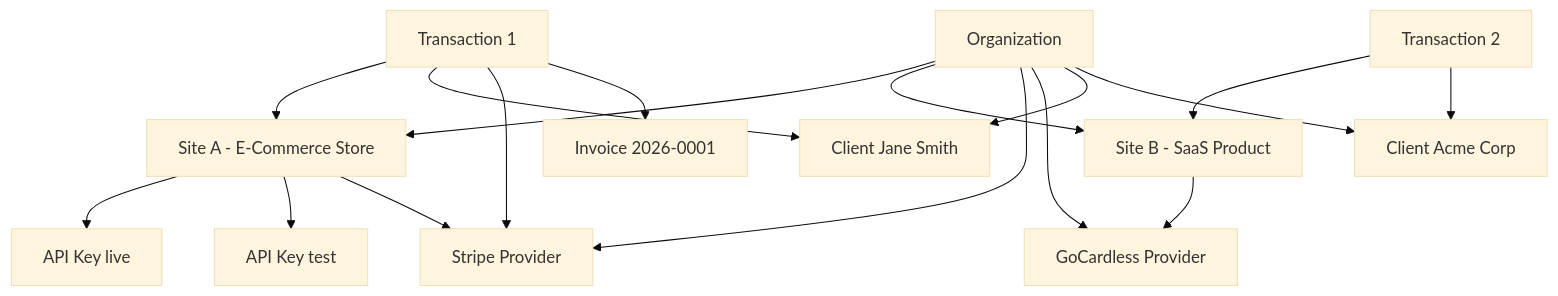
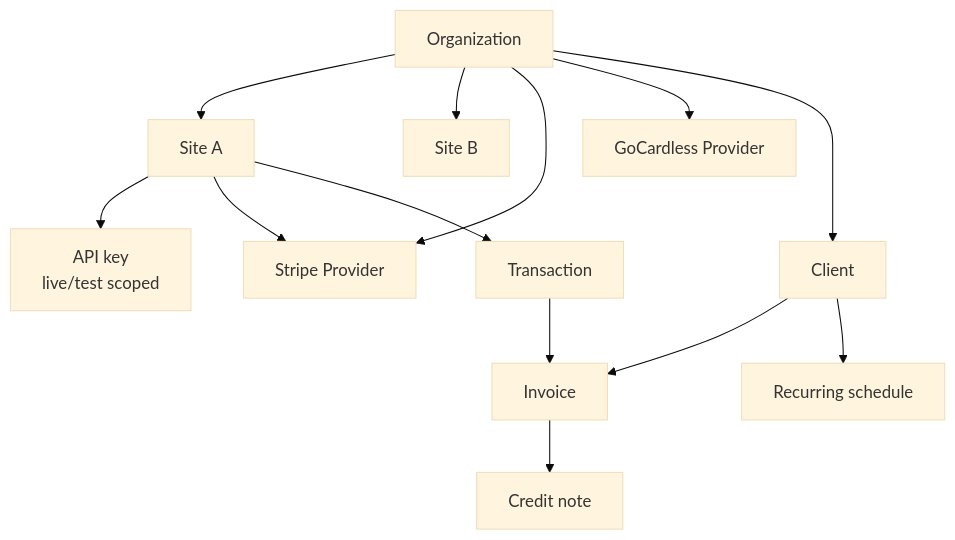
One commit to Root-Sector-Ltd-and-Co-KG/payment-gateway-docs changed the tenth of 12 diagrams in content/docs/architecture/diagrams.mdx. Above: the diagram before and after it, drawn with Mermaid (base theme). The commit also changed other lines of this file and 36 other files, not shown here.

````diff
--- a/content/docs/architecture/diagrams.mdx
+++ b/content/docs/architecture/diagrams.mdx
@@ -152,32 +302,27 @@
 ```mermaid
-graph TD
-    Org[Organization]
-    Site1[Site A - E-Commerce Store]
-    Site2[Site B - SaaS Product]
-    P1[Stripe Provider]
-    P2[GoCardless Provider]
-    Key1[API Key live]
-    Key2[API Key test]
-    C1[Client Jane Smith]
-    C2[Client Acme Corp]
-    Tx1[Transaction 1]
-    Tx2[Transaction 2]
-    Inv1[Invoice 2026-0001]
+flowchart TD
+    Org["Organization"]
+    Site1["Site A"]
+    Site2["Site B"]
+    P1["Stripe Provider"]
+    P2["GoCardless Provider"]
+    Key1["API key\nlive/test scoped"]
+    Client1["Client"]
+    Tx1["Transaction"]
+    Inv1["Invoice"]
+    CN1["Credit note"]
+    Rec1["Recurring schedule"]
 
     Org --> Site1
     Org --> Site2
     Org --> P1
     Org --> P2
     Site1 --> Key1
-    Site1 --> Key2
     Site1 --> P1
-    Site2 --> P2
-    Org --> C1
-    Org --> C2
-    Tx1 --> Site1
-    Tx1 --> C1
-    Tx1 --> P1
+    Org --> Client1
+    Client1 --> Inv1
+    Site1 --> Tx1
     Tx1 --> Inv1
-    Tx2 --> Site2
-    Tx2 --> C2
+    Inv1 --> CN1
+    Client1 --> Rec1
 ```
````
